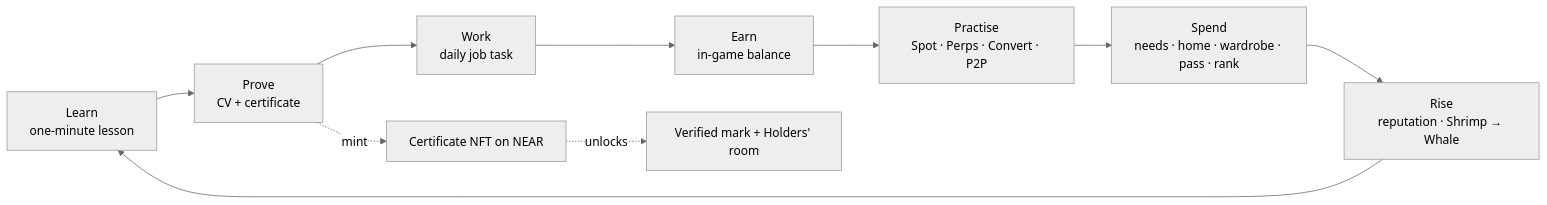
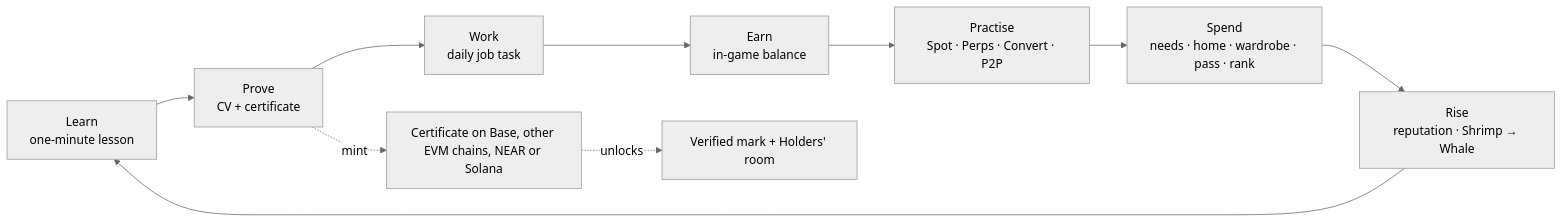
The diagram in docs/GDD.md (0xzahra/Grind-district), drawn with Mermaid (neutral theme) before and after one commit. The commit also changed other lines of this file and 9 other files, not shown here.

````diff
--- a/docs/GDD.md
+++ b/docs/GDD.md
@@ -76,12 +81,12 @@
 ```mermaid
 flowchart LR
   A[Learn<br>one-minute lesson] --> B[Prove<br>CV + certificate]
   B --> C[Work<br>daily job task]
   C --> D[Earn<br>in-game balance]
   D --> E[Practise<br>Spot · Perps · Convert · P2P]
   E --> F[Spend<br>needs · home · wardrobe · pass · rank]
   F --> G[Rise<br>reputation · Shrimp → Whale]
   G --> A
-  B -.mint.-> H[Certificate NFT on NEAR]
+  B -.mint.-> H[Certificate on Base, other EVM chains, NEAR or Solana]
   H -.unlocks.-> I[Verified mark + Holders' room]
 ```
````
